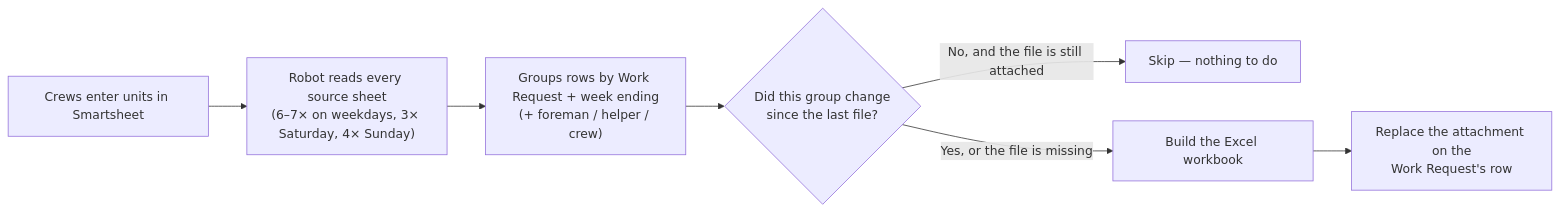
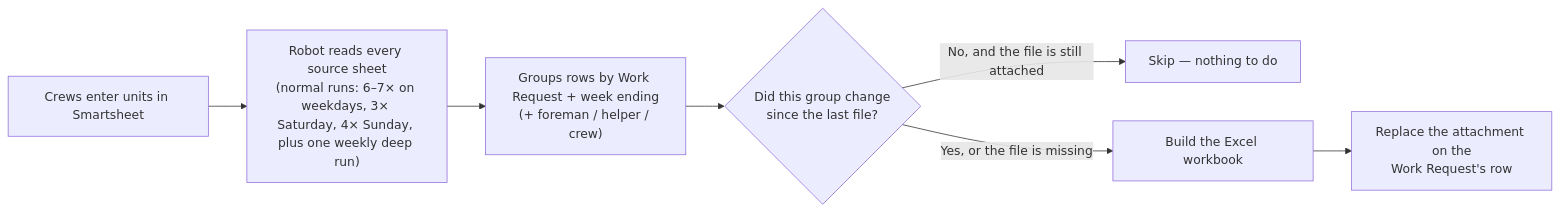
The diagram in website/docs/learn/for-operators.md (JFlo21/Generate-Weekly-PDFs-DSR-Resiliency), drawn with Mermaid before and after one commit. The commit also changed other lines of this file and 2 other files, not shown here.

Commit message:
docs(learn): Copilot round 9 — manual run is no remedy, output consumers split, normal-run counts

````diff
--- a/website/docs/learn/for-operators.md
+++ b/website/docs/learn/for-operators.md
@@ -25,9 +25,9 @@
 ```mermaid
 flowchart LR
-    A["Crews enter units in Smartsheet"] --> B["Robot reads every source sheet<br/>(6–7× on weekdays, 3× Saturday, 4× Sunday)"]
+    A["Crews enter units in Smartsheet"] --> B["Robot reads every source sheet<br/>(normal runs: 6–7× on weekdays, 3× Saturday, 4× Sunday, plus one weekly deep run)"]
     B --> C["Groups rows by Work Request + week ending<br/>(+ foreman / helper / crew)"]
     C --> D{"Did this group change<br/>since the last file?"}
     D -- "No, and the file is still attached" --> E["Skip — nothing to do"]
     D -- "Yes, or the file is missing" --> F["Build the Excel workbook"]
     F --> G["Replace the attachment on the<br/>Work Request's row"]
 ```
````
